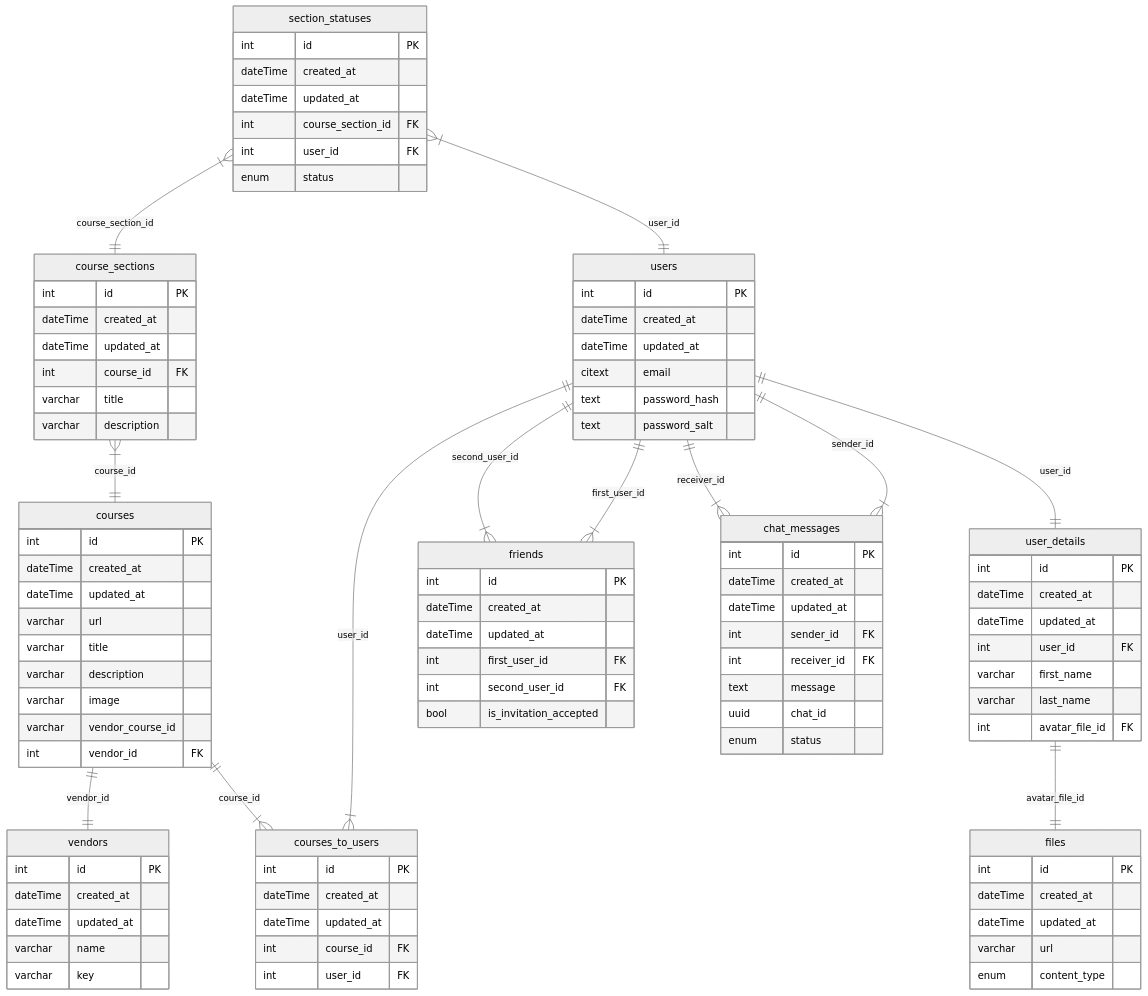
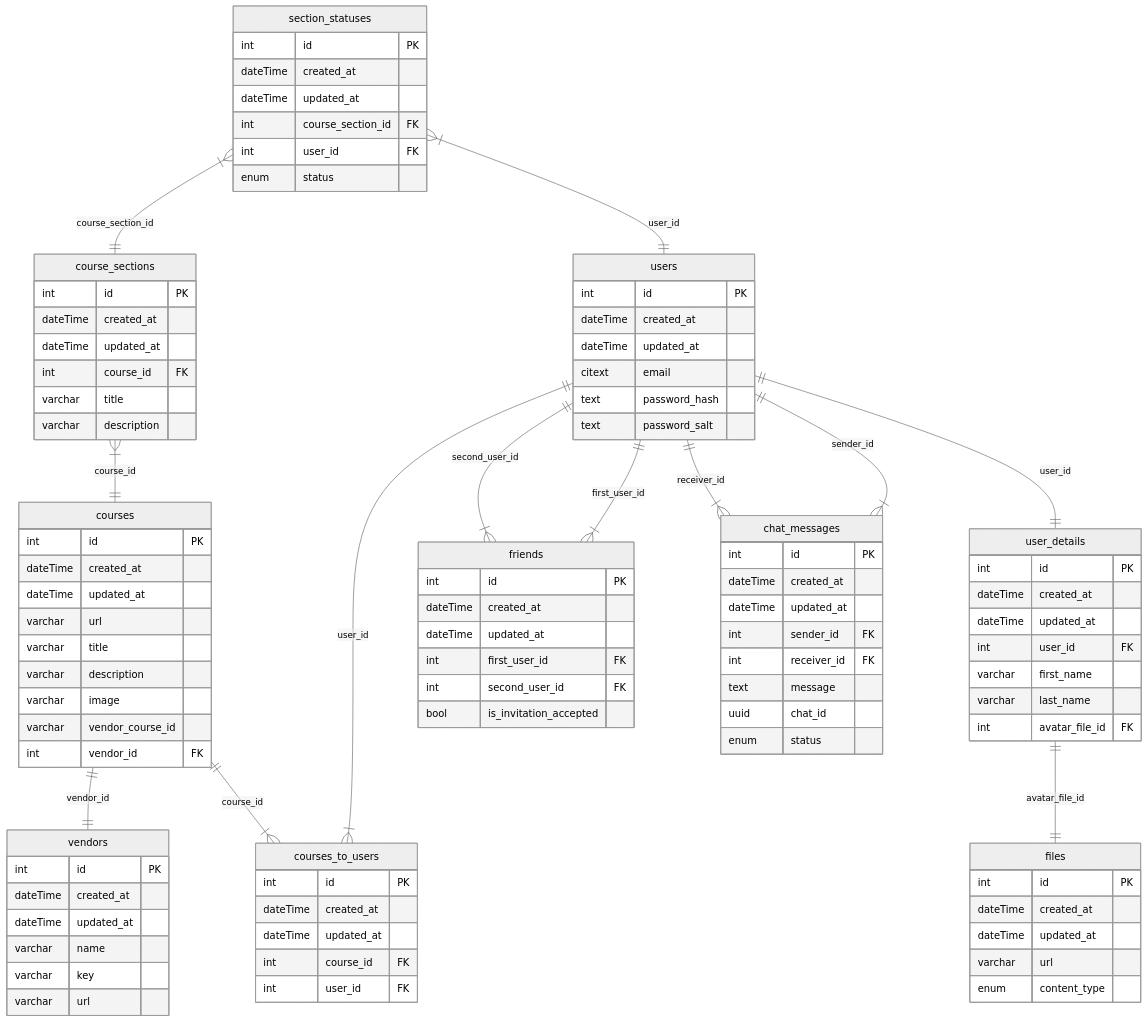
One commit to BinaryStudioAcademy/bsa-winter-2023-2024-trackmates changed the diagram in readme.md. Above: the diagram before and after it, drawn with Mermaid (neutral theme). The commit also changed 15 other files, not shown here.

```diff
--- a/readme.md
+++ b/readme.md
@@ -70,6 +70,7 @@
     dateTime updated_at
     varchar name
     varchar key
+    varchar url
    }
 
    course_sections {
```
